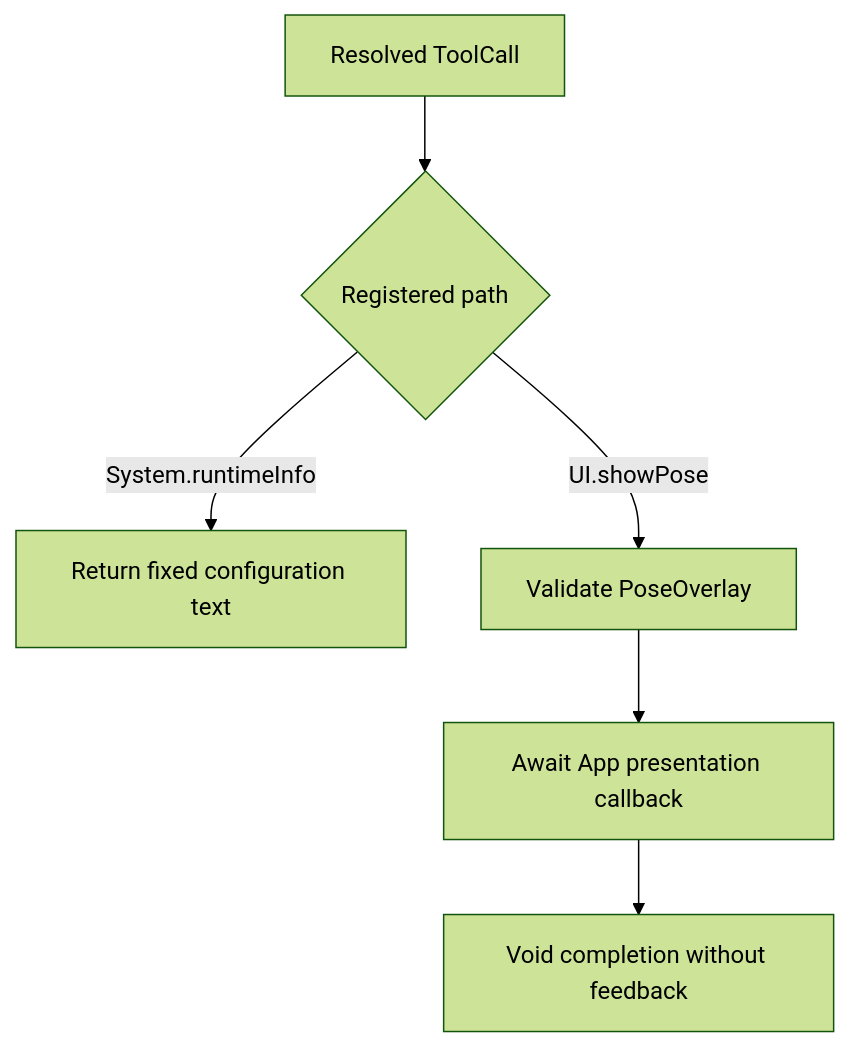
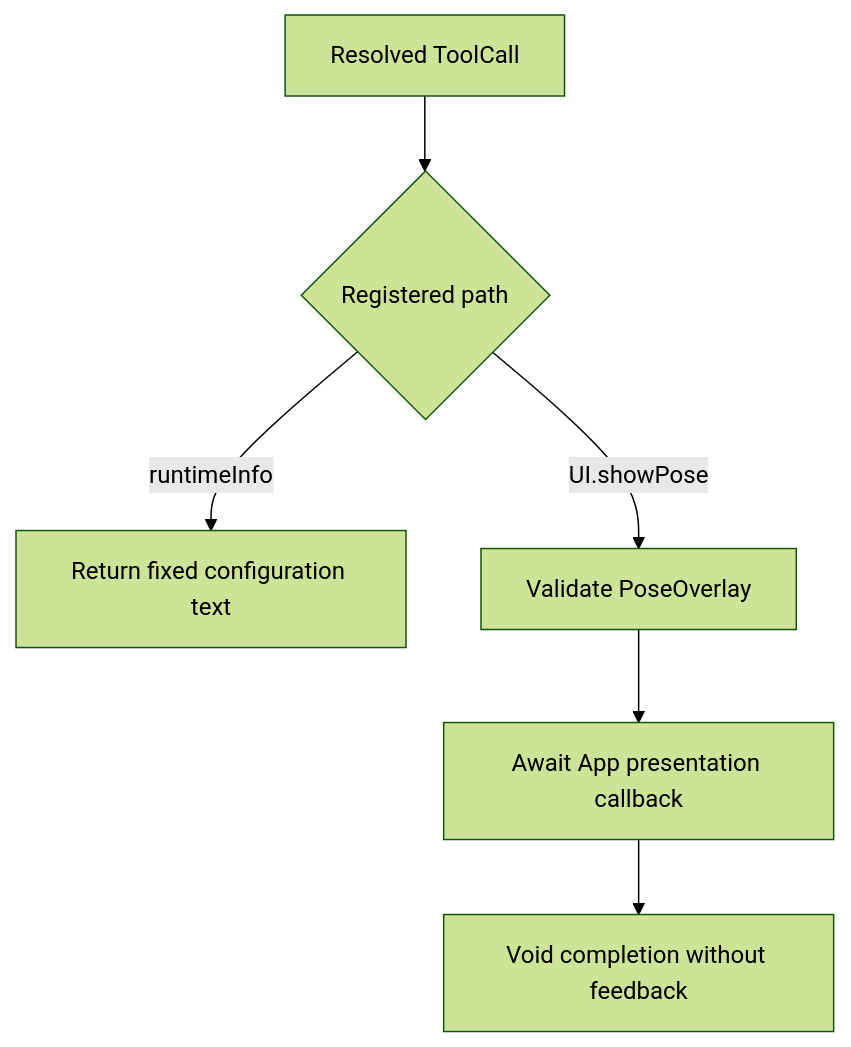
One commit to devilyouwei/MobileHarness changed the second of 2 diagrams in MobileHarness/Tools/README.md. Above: the diagram before and after it, drawn with Mermaid (forest theme). The commit also changed other lines of this file and 97 other files, not shown here.

````diff
--- a/MobileHarness/Tools/README.md
+++ b/MobileHarness/Tools/README.md
@@ -32,8 +32,8 @@
 ```mermaid
 flowchart TD
     Call[Resolved ToolCall] --> Kind{Registered path}
-    Kind -->|System.runtimeInfo| Info[Return fixed configuration text]
+    Kind -->|runtimeInfo| Info[Return fixed configuration text]
     Kind -->|UI.showPose| Validate[Validate PoseOverlay]
     Validate --> Present[Await App presentation callback]
     Present --> Complete[Void completion without feedback]
 ```
````
